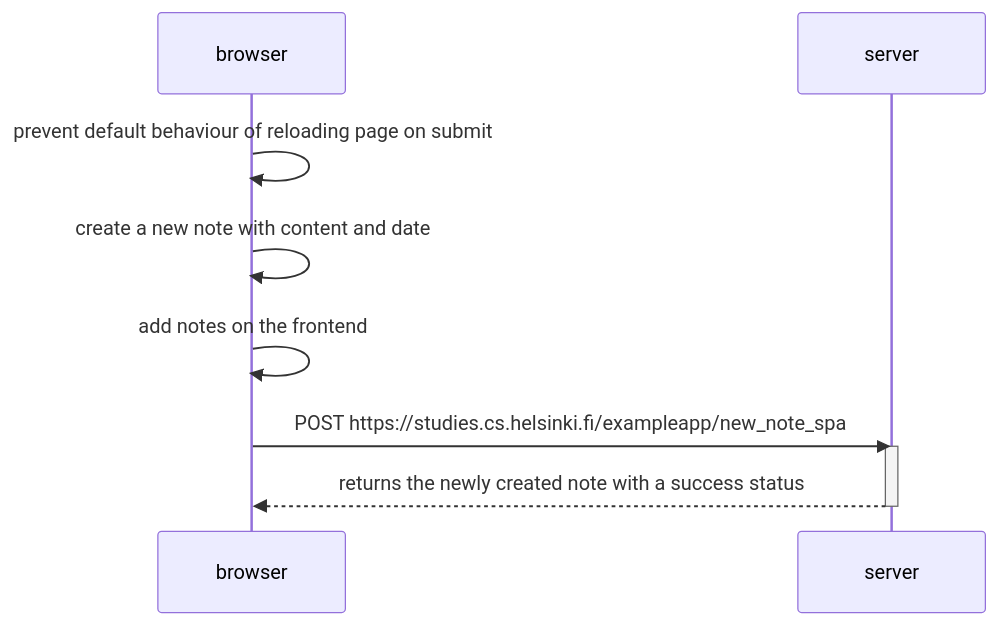
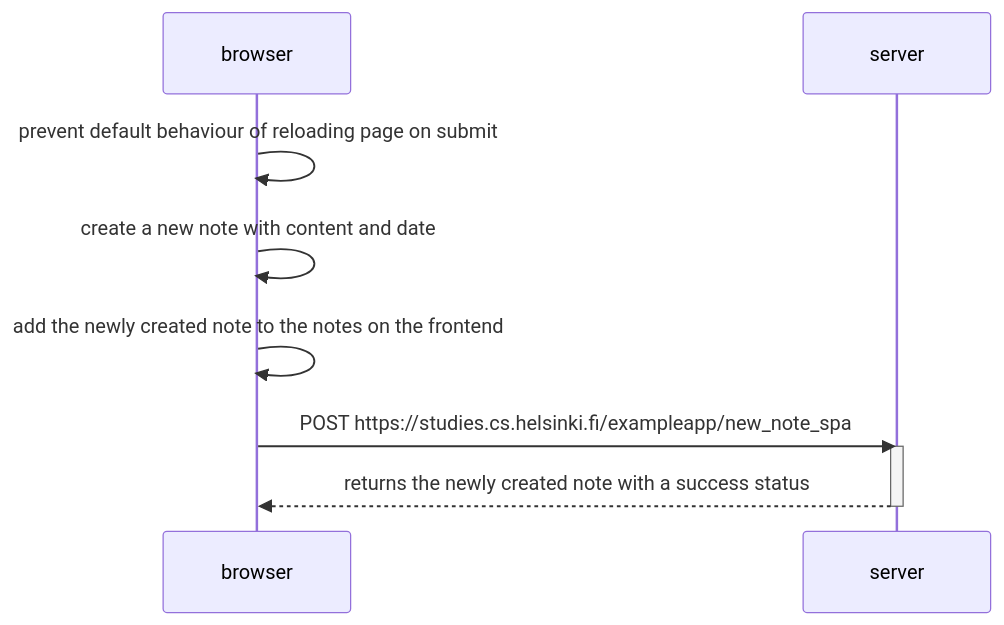
One commit to Amr-Magdy95/FullStackOpen changed the diagram in part0/0.6/README.md. Above: the diagram before and after it, drawn with Mermaid. The commit also changed 2 other files, not shown here.

Commit message:
revised all three exercises

````diff
--- a/part0/0.6/README.md
+++ b/part0/0.6/README.md
@@ -3,20 +3,20 @@
 ```mermaid
 sequenceDiagram
     participant browser
     participant server
 
     browser->>browser: prevent default behaviour of reloading page on submit
 
     browser->>browser: create a new note with content and date
 
 
-    browser->>browser: add notes on the frontend
+    browser->>browser: add the newly created note to the notes on the frontend
 
     browser->>server: POST https://studies.cs.helsinki.fi/exampleapp/new_note_spa
     activate server
     server-->>browser: returns the newly created note with a success status
     deactivate server
 
 
 
 ```
````
